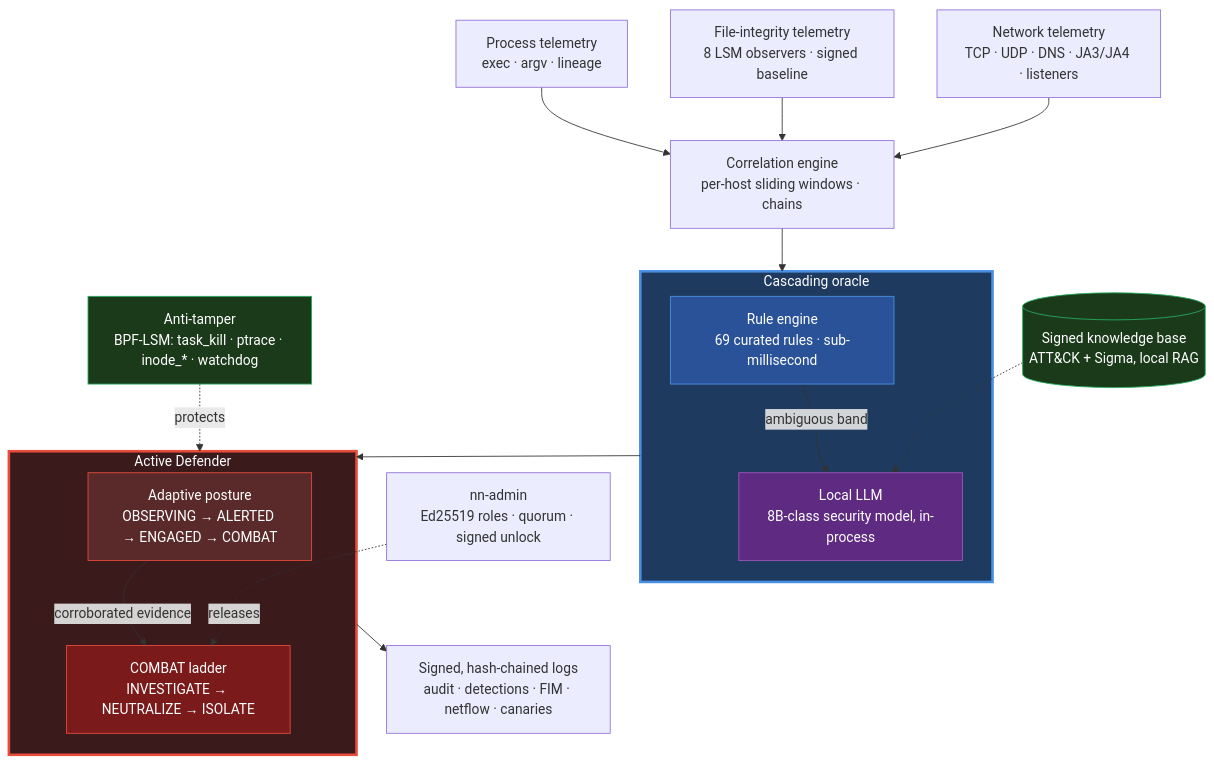
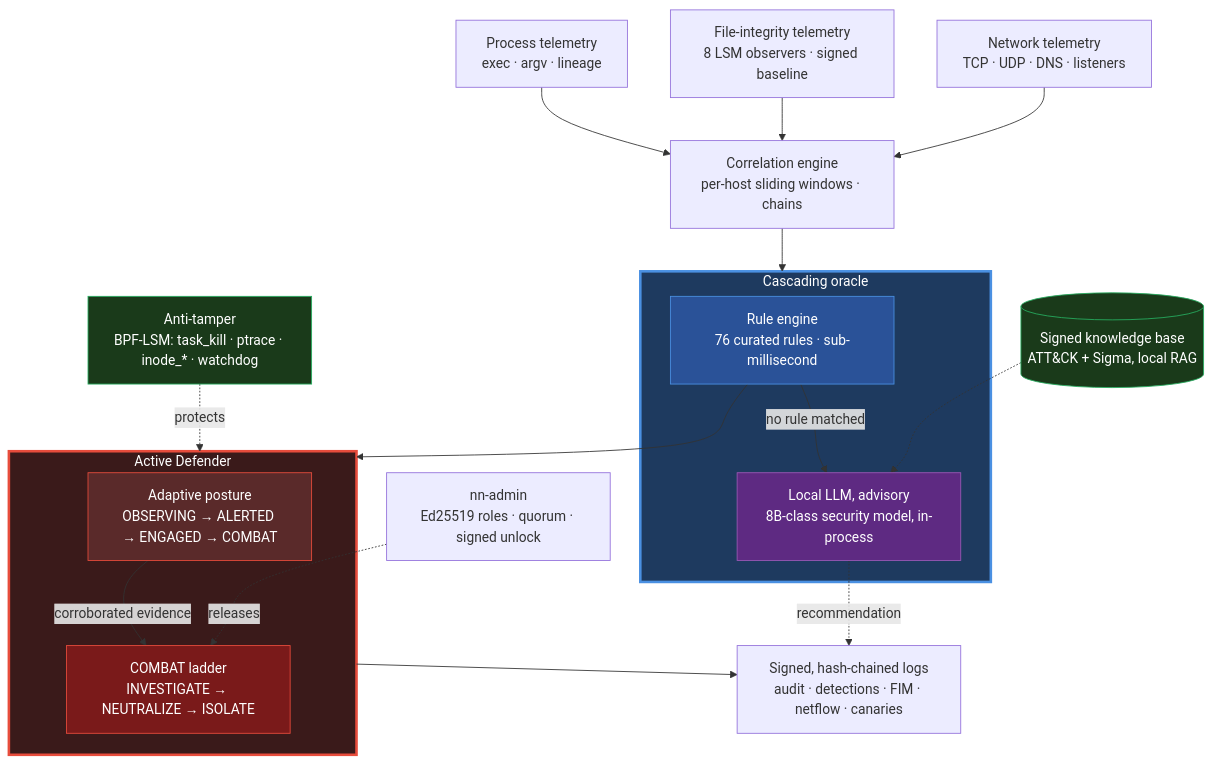
Before and after one commit to northnarrow/northnarrow-new: the diagram in README.md, drawn with Mermaid. The commit also changed other lines of this file and 11 other files, not shown here.

````diff
--- a/README.md
+++ b/README.md
@@ -55,43 +55,44 @@
 ```mermaid
 flowchart TD
     PM[Process telemetry<br/>exec · argv · lineage]
     FIM[File-integrity telemetry<br/>8 LSM observers · signed baseline]
-    NET[Network telemetry<br/>TCP · UDP · DNS · JA3/JA4 · listeners]
+    NET[Network telemetry<br/>TCP · UDP · DNS · listeners]
     CE[Correlation engine<br/>per-host sliding windows · chains]
 
     subgraph CO["Cascading oracle"]
-        HO[Rule engine<br/>69 curated rules · sub-millisecond]
-        LO[Local LLM<br/>8B-class security model, in-process]
-        HO -->|ambiguous band| LO
+        HO[Rule engine<br/>76 curated rules · sub-millisecond]
+        LO[Local LLM, advisory<br/>8B-class security model, in-process]
+        HO -->|no rule matched| LO
     end
 
     subgraph ADE["Active Defender"]
         STATE[Adaptive posture<br/>OBSERVING → ALERTED → ENGAGED → COMBAT]
         LADDER[COMBAT ladder<br/>INVESTIGATE → NEUTRALIZE → ISOLATE]
         STATE -->|corroborated evidence| LADDER
     end
 
     AT[Anti-tamper<br/>BPF-LSM: task_kill · ptrace · inode_* · watchdog]
     KB[(Signed knowledge base<br/>ATT&CK + Sigma, local RAG)]
     AUD[Signed, hash-chained logs<br/>audit · detections · FIM · netflow · canaries]
     ADM[nn-admin<br/>Ed25519 roles · quorum · signed unlock]
 
     PM --> CE
     FIM --> CE
     NET --> CE
     CE --> CO
     KB -.-> LO
-    CO --> ADE
+    HO --> ADE
+    LO -.recommendation.-> AUD
     ADE --> AUD
     AT -.protects.-> ADE
     ADM -.releases.-> LADDER
 
     style CO fill:#1e3a5f,stroke:#4a90e2,stroke-width:3px,color:#fff
     style HO fill:#2a5298,stroke:#4a90e2,color:#fff
     style LO fill:#5e2a82,stroke:#9b59b6,color:#fff
     style ADE fill:#3a1a1a,stroke:#e74c3c,stroke-width:3px,color:#fff
     style STATE fill:#5a2a2a,stroke:#e74c3c,color:#fff
     style LADDER fill:#7a1a1a,stroke:#e74c3c,color:#fff
     style AT fill:#1a3a1a,stroke:#27ae60,color:#fff
     style KB fill:#1a3a1a,stroke:#27ae60,color:#fff
 ```
````
